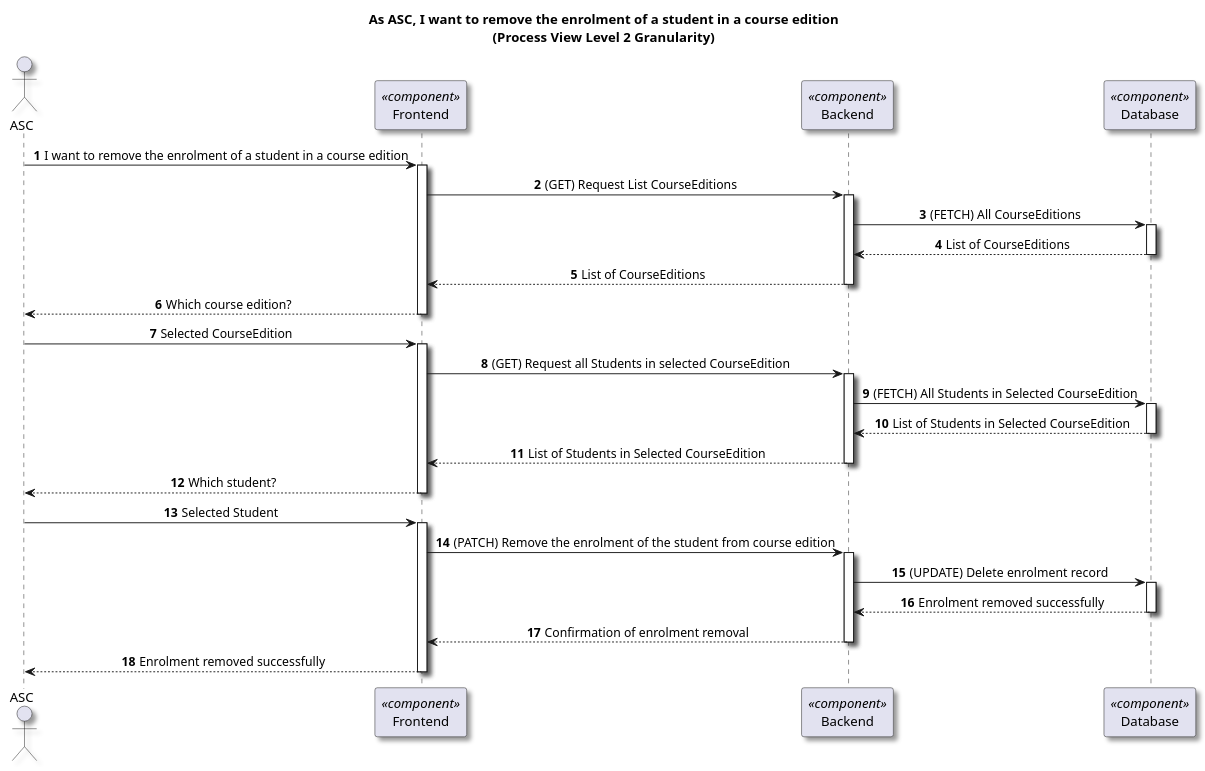
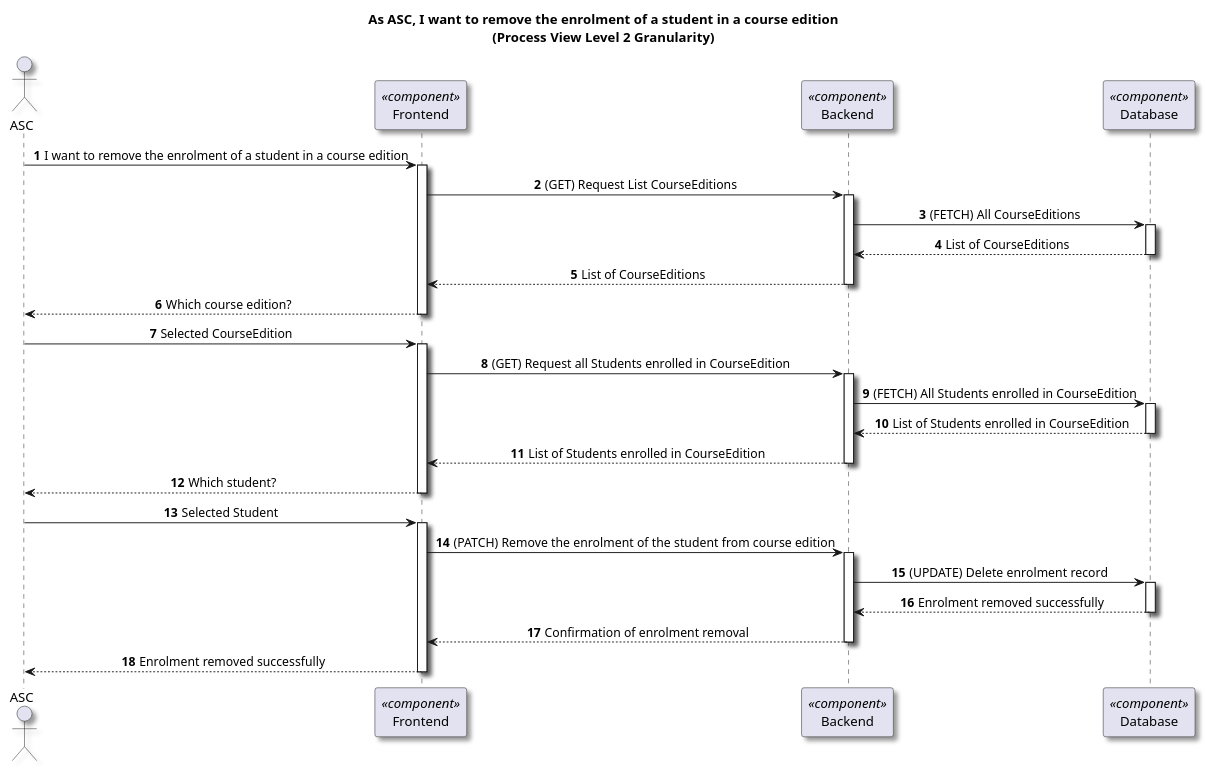
One commit to GasparISEP/DevOps-PAI changed the diagram in docs/US28/Sprint6_RestController/ProcessView/Level2Granularity.puml. Above: the diagram before and after it, drawn with PlantUML. The commit also changed 1 other file, not shown here.

Commit message:
docs: Created Level 3 Granularity processView diagram for removeTheEnrolmentOfAStudentInACourseEdition. Refs #562

```diff
--- a/docs/US28/Sprint6_RestController/ProcessView/Level2Granularity.puml
+++ b/docs/US28/Sprint6_RestController/ProcessView/Level2Granularity.puml
@@ -1,34 +1,34 @@
 @startuml
 title As ASC, I want to remove the enrolment of a student in a course edition\n(Process View Level 2 Granularity)
 autonumber
 skinparam defaultTextAlignment center
 skinparam shadowing true
 
 actor ASC as ASC
 
 participant "Frontend" as frontend <<component>>
 participant "Backend" as backend <<component>>
 participant "Database" as db <<component>>
 
 ASC -> frontend ++ : I want to remove the enrolment of a student in a course edition
 frontend -> backend ++ : (GET) Request List CourseEditions
 backend -> db ++ : (FETCH) All CourseEditions
 db --> backend -- : List of CourseEditions
 backend --> frontend -- : List of CourseEditions
 frontend --> ASC -- : Which course edition?
 
 ASC -> frontend ++ : Selected CourseEdition
-frontend -> backend ++ : (GET) Request all Students in selected CourseEdition
-backend -> db ++ : (FETCH) All Students in Selected CourseEdition
-db --> backend -- : List of Students in Selected CourseEdition
-backend --> frontend -- : List of Students in Selected CourseEdition
+frontend -> backend ++ : (GET) Request all Students enrolled in CourseEdition
+backend -> db ++ : (FETCH) All Students enrolled in CourseEdition
+db --> backend -- : List of Students enrolled in CourseEdition
+backend --> frontend -- : List of Students enrolled in CourseEdition
 frontend --> ASC -- : Which student?
 
 ASC -> frontend ++ : Selected Student
 frontend -> backend ++ : (PATCH) Remove the enrolment of the student from course edition
 backend -> db ++ : (UPDATE) Delete enrolment record
 db --> backend -- : Enrolment removed successfully
 backend --> frontend -- : Confirmation of enrolment removal
 frontend --> ASC -- : Enrolment removed successfully
 deactivate frontend
 @enduml
```
